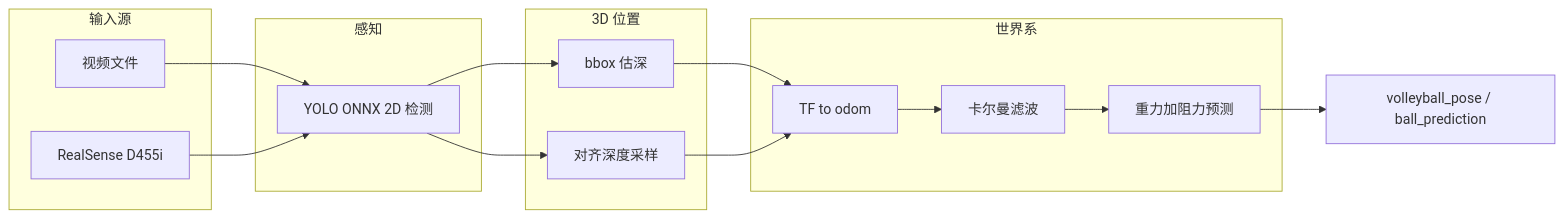
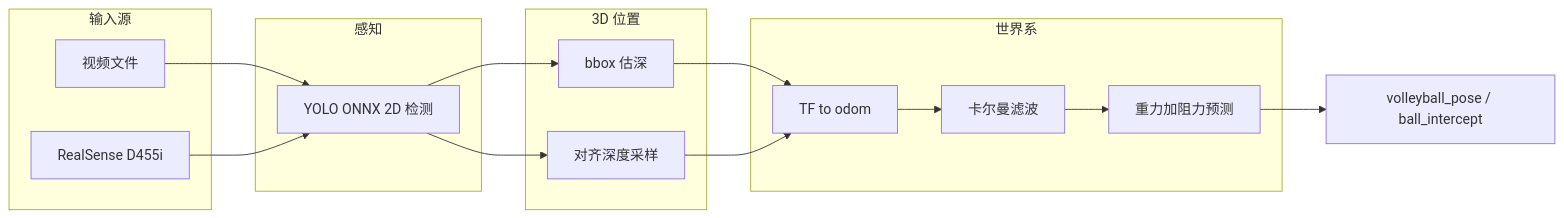
Before and after one commit to Jacknb03/volleyball_detection: the first of 5 diagrams in README.md, drawn with Mermaid. The commit also changed other lines of this file and 47 other files, not shown here.

````diff
--- a/README.md
+++ b/README.md
@@ -12,31 +12,31 @@
 ```mermaid
 flowchart LR
   subgraph input [输入源]
     V[视频文件]
     RS[RealSense D455i]
   end
 
   subgraph detect [感知]
     YOLO[YOLO ONNX 2D 检测]
   end
 
   subgraph depth [3D 位置]
     BBOX[bbox 估深]
     DEPTH[对齐深度采样]
   end
 
   subgraph world [世界系]
     TF[TF to odom]
     KF[卡尔曼滤波]
     PHY[重力加阻力预测]
   end
 
   V --> YOLO
   RS --> YOLO
   YOLO --> BBOX
   YOLO --> DEPTH
   BBOX --> TF
   DEPTH --> TF
   TF --> KF --> PHY
-  PHY --> OUT["volleyball_pose / ball_prediction"]
+  PHY --> OUT["volleyball_pose / ball_intercept"]
 ```
````
